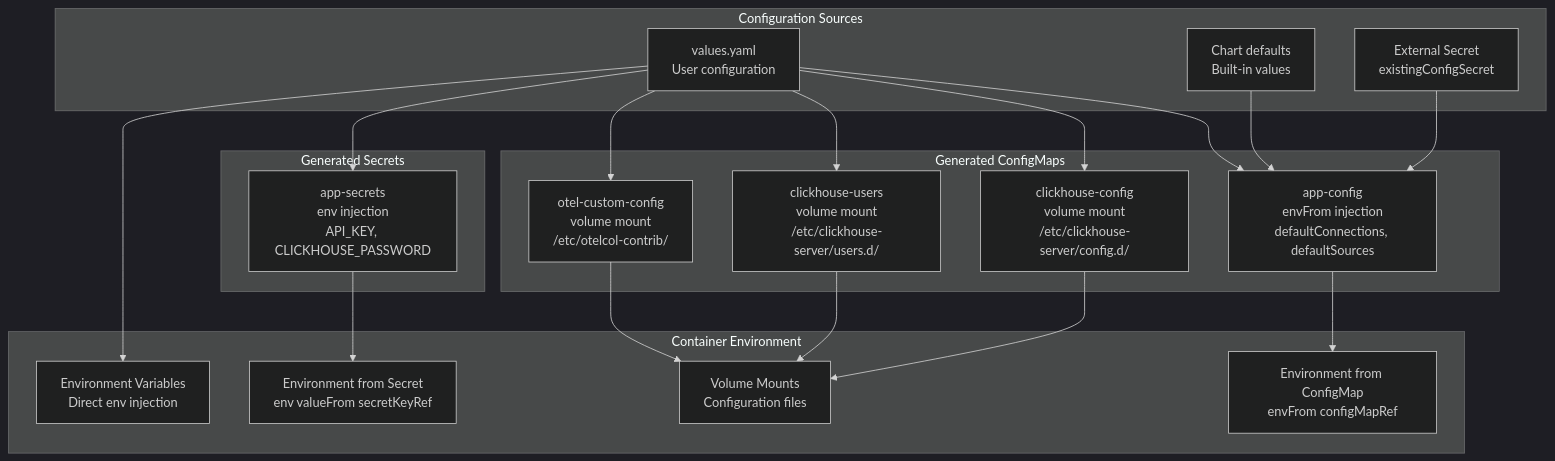
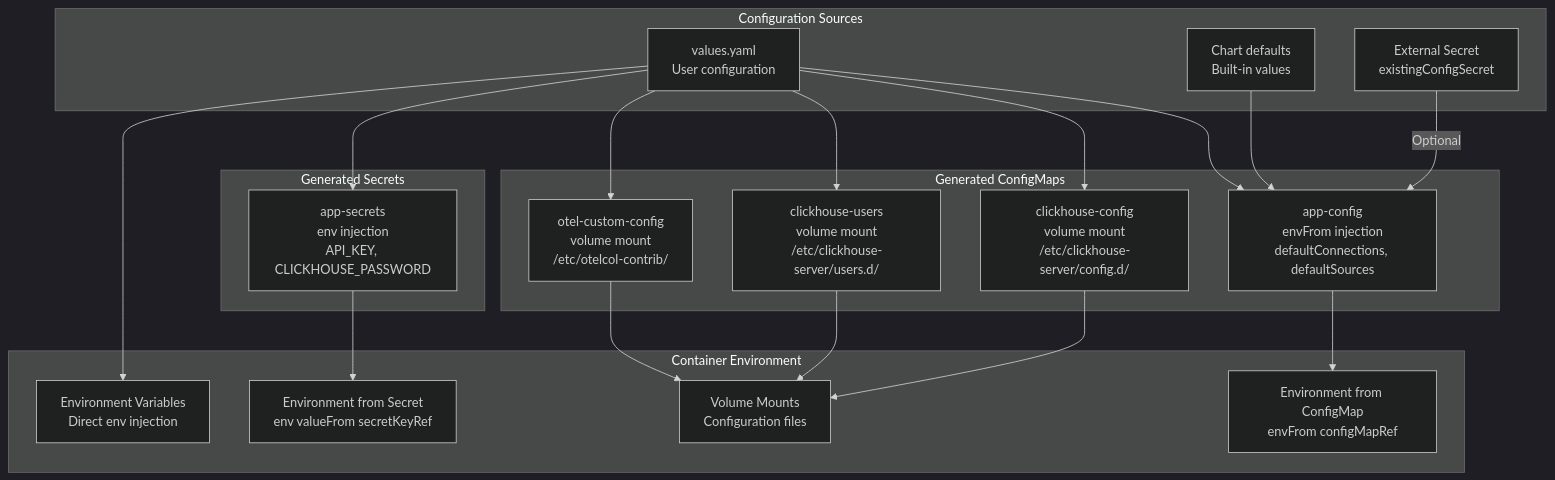
One commit to openchoreo/openchoreo changed the third of 10 diagrams in docs/hyperdxio-helm-charts-docs/Component-Deep-Dives.md. Above: the diagram before and after it, drawn with Mermaid (dark theme). The commit also changed other lines of this file and 85 other files, not shown here.

Commit message:
feat: Add new workflow and specification templates, update Helm chart dependencies, and clarify documentation diagrams.

````diff
--- a/docs/hyperdxio-helm-charts-docs/Component-Deep-Dives.md
+++ b/docs/hyperdxio-helm-charts-docs/Component-Deep-Dives.md
@@ -153,54 +153,54 @@
 ```mermaid
 flowchart TD
 
 ValuesYAML["values.yaml<br>User configuration"]
 HelmDefaults["Chart defaults<br>Built-in values"]
 ExternalSecret["External Secret<br>existingConfigSecret"]
 AppConfigMap["app-config<br>envFrom injection<br>defaultConnections, defaultSources"]
 CHConfigMap["clickhouse-config<br>volume mount<br>/etc/clickhouse-server/config.d/"]
 CHUsersMap["clickhouse-users<br>volume mount<br>/etc/clickhouse-server/users.d/"]
 OTELConfigMap["otel-custom-config<br>volume mount<br>/etc/otelcol-contrib/"]
 AppSecrets["app-secrets<br>env injection<br>API_KEY, CLICKHOUSE_PASSWORD"]
 EnvVars["Environment Variables<br>Direct env injection"]
 EnvFromCM["Environment from ConfigMap<br>envFrom configMapRef"]
 EnvFromSecret["Environment from Secret<br>env valueFrom secretKeyRef"]
 VolumeMounts["Volume Mounts<br>Configuration files"]
 
 ValuesYAML --> AppConfigMap
 ValuesYAML --> CHConfigMap
 ValuesYAML --> CHUsersMap
 ValuesYAML --> OTELConfigMap
 ValuesYAML --> AppSecrets
 HelmDefaults --> AppConfigMap
-ExternalSecret --> AppConfigMap
+ExternalSecret -->|"Optional"| AppConfigMap
 AppConfigMap --> EnvFromCM
 AppSecrets --> EnvFromSecret
 ValuesYAML --> EnvVars
 CHConfigMap --> VolumeMounts
 CHUsersMap --> VolumeMounts
 OTELConfigMap --> VolumeMounts
 
 subgraph subGraph3 ["Container Environment"]
     EnvVars
     EnvFromCM
     EnvFromSecret
     VolumeMounts
 end
 
 subgraph subGraph2 ["Generated Secrets"]
     AppSecrets
 end
 
 subgraph subGraph1 ["Generated ConfigMaps"]
     AppConfigMap
     CHConfigMap
     CHUsersMap
     OTELConfigMap
 end
 
 subgraph subGraph0 ["Configuration Sources"]
     ValuesYAML
     HelmDefaults
     ExternalSecret
 end
 ```
````
